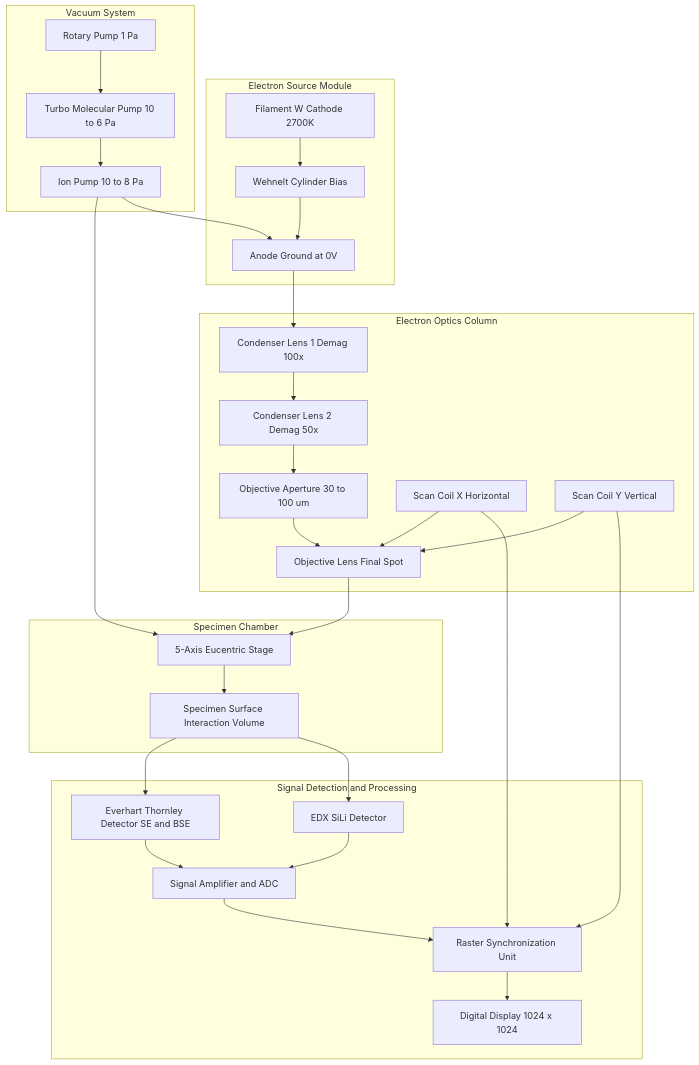
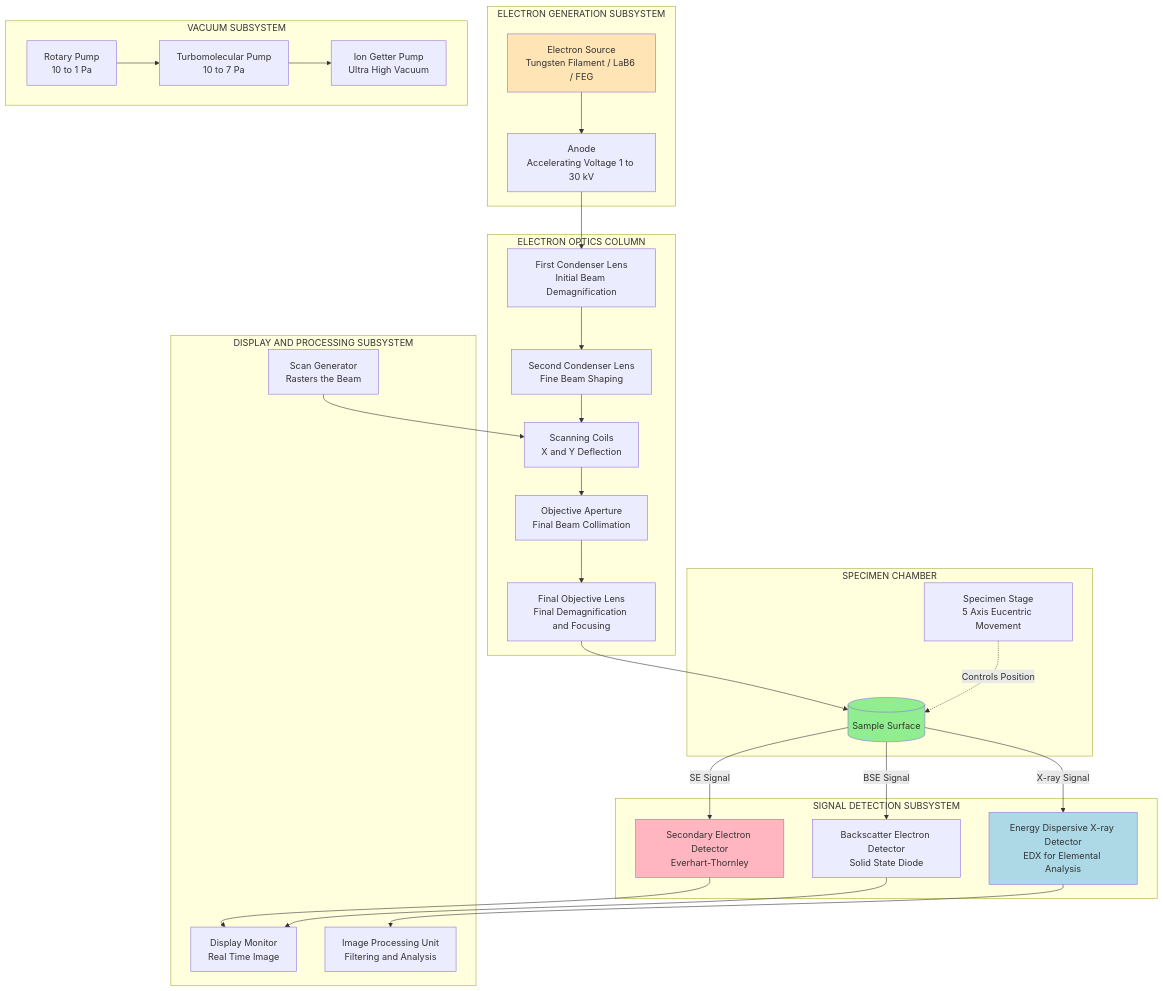
One commit to vishnuu-kr/ktunode changed the first of 3 diagrams in public/notes/computer-science-and-engineering/semester-1/gxcyt122-chemistry-for-information-science-and-electrical-science/03-module-3-molecular-spectroscopy-and-analytical-techniques/electron-microscopic-techniques-sem-principle-instrumentation-and-applications/notes.md. Above: the diagram before and after it, drawn with Mermaid. The commit also changed other lines of this file and 4829 other files, not shown here.

````diff
--- a/public/notes/computer-science-and-engineering/semester-1/gxcyt122-chemistry-for-information-science-and-electrical-science/03-module-3-molecular-spectroscopy-and-analytical-techniques/electron-microscopic-techniques-sem-principle-instrumentation-and-applications/notes.md
+++ b/public/notes/computer-science-and-engineering/semester-1/gxcyt122-chemistry-for-information-science-and-electrical-science/03-module-3-molecular-spectroscopy-and-analytical-techniques/electron-microscopic-techniques-sem-principle-instrumentation-and-applications/notes.md
@@ -310,54 +437,55 @@
 ```mermaid
-flowchart TD
-    subgraph sourceBlock["Electron Source Module"]
-        filamentA["Filament W Cathode 2700K"]
-        wehneltB["Wehnelt Cylinder Bias"]
-        anodeC["Anode Ground at 0V"]
+flowchart TB
+    subgraph EA["ELECTRON GENERATION SUBSYSTEM"]
+        EF[Electron Source<br/>Tungsten Filament / LaB6 / FEG]
+        AG[Anode<br/>Accelerating Voltage 1 to 30 kV]
+        EF --> AG
     end
 
-    subgraph lensBlock["Electron Optics Column"]
-        condLens1["Condenser Lens 1 Demag 100x"]
-        condLens2["Condenser Lens 2 Demag 50x"]
-        objAper["Objective Aperture 30 to 100 um"]
-        objLens["Objective Lens Final Spot"]
-        scanCoilX["Scan Coil X Horizontal"]
-        scanCoilY["Scan Coil Y Vertical"]
+    subgraph CL["ELECTRON OPTICS COLUMN"]
+        CL1[First Condenser Lens<br/>Initial Beam Demagnification]
+        CL2[Second Condenser Lens<br/>Fine Beam Shaping]
+        SA[Scanning Coils<br/>X and Y Deflection]
+        OL[Objective Aperture<br/>Final Beam Collimation]
+        OBJ[Final Objective Lens<br/>Final Demagnification and Focusing]
+        AG --> CL1 --> CL2 --> SA --> OL --> OBJ
     end
 
-    subgraph stageBlock["Specimen Chamber"]
-        sampleStage["5-Axis Eucentric Stage"]
-        sampleSurf["Specimen Surface Interaction Volume"]
+    subgraph SPEC["SPECIMEN CHAMBER"]
+        STAGE[Specimen Stage<br/>5 Axis Eucentric Movement]
+        SAMPLE[(Sample Surface)]
+        OBJ --> SAMPLE
+        STAGE -. Controls Position .-> SAMPLE
     end
 
-    subgraph detectBlock["Signal Detection and Processing"]
-        etDetector["Everhart Thornley Detector SE and BSE"]
-        edxDetector["EDX SiLi Detector"]
-        signalAmp["Signal Amplifier and ADC"]
-        rasterSync["Raster Synchronization Unit"]
-        displayM["Digital Display 1024 x 1024"]
+    subgraph SIG["SIGNAL DETECTION SUBSYSTEM"]
+        SED[Secondary Electron Detector<br/>Everhart-Thornley]
+        BSD[Backscatter Electron Detector<br/>Solid State Diode]
+        EDS[Energy Dispersive X-ray Detector<br/>EDX for Elemental Analysis]
+        SAMPLE -->|SE Signal| SED
+        SAMPLE -->|BSE Signal| BSD
+        SAMPLE -->|X-ray Signal| EDS
     end
 
-    subgraph vacBlock["Vacuum System"]
-        rotaryP["Rotary Pump 1 Pa"]
-        turboP["Turbo Molecular Pump 10 to 6 Pa"]
-        ionP["Ion Pump 10 to 8 Pa"]
+    subgraph VAC["VACUUM SUBSYSTEM"]
+        VP1[Rotary Pump<br/>10 to 1 Pa]
+        VP2[Turbomolecular Pump<br/>10 to 7 Pa]
+        IGP[Ion Getter Pump<br/>Ultra High Vacuum]
+        VP1 --> VP2 --> IGP
     end
 
-    filamentA --> wehneltB --> anodeC
-    anodeC --> condLens1 --> condLens2 --> objAper --> objLens
-    scanCoilX --> objLens
-    scanCoilY --> objLens
-    objLens --> sampleStage
-    sampleStage --> sampleSurf
-    sampleSurf --> etDetector
-    sampleSurf --> edxDetector
-    etDetector --> signalAmp
-    edxDetector --> signalAmp
-    signalAmp --> rasterSync
-    rasterSync --> displayM
-    scanCoilX --> rasterSync
-    scanCoilY --> rasterSync
-    rotaryP --> turboP --> ionP
-    ionP --> sampleStage
-    ionP --> anodeC
+    subgraph DIS["DISPLAY AND PROCESSING SUBSYSTEM"]
+        SCAN[Scan Generator<br/>Rasters the Beam]
+        MON[Display Monitor<br/>Real Time Image]
+        PC[Image Processing Unit<br/>Filtering and Analysis]
+        SCAN --> SA
+        SED --> MON
+        BSD --> MON
+        EDS --> PC
+    end
+
+    style EF fill:#FFE4B5
+    style SAMPLE fill:#90EE90
+    style SED fill:#FFB6C1
+    style EDS fill:#ADD8E6
 ```
````
